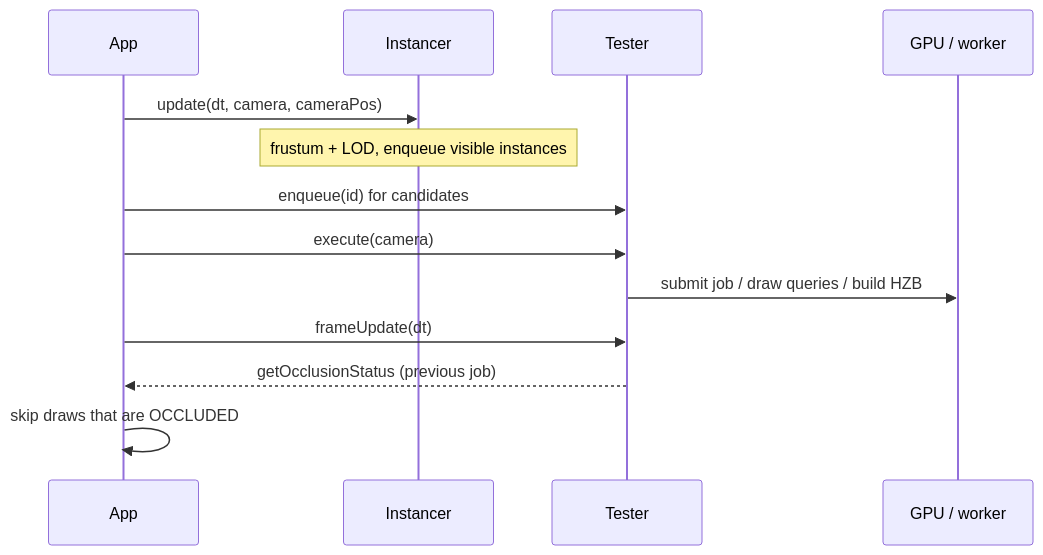
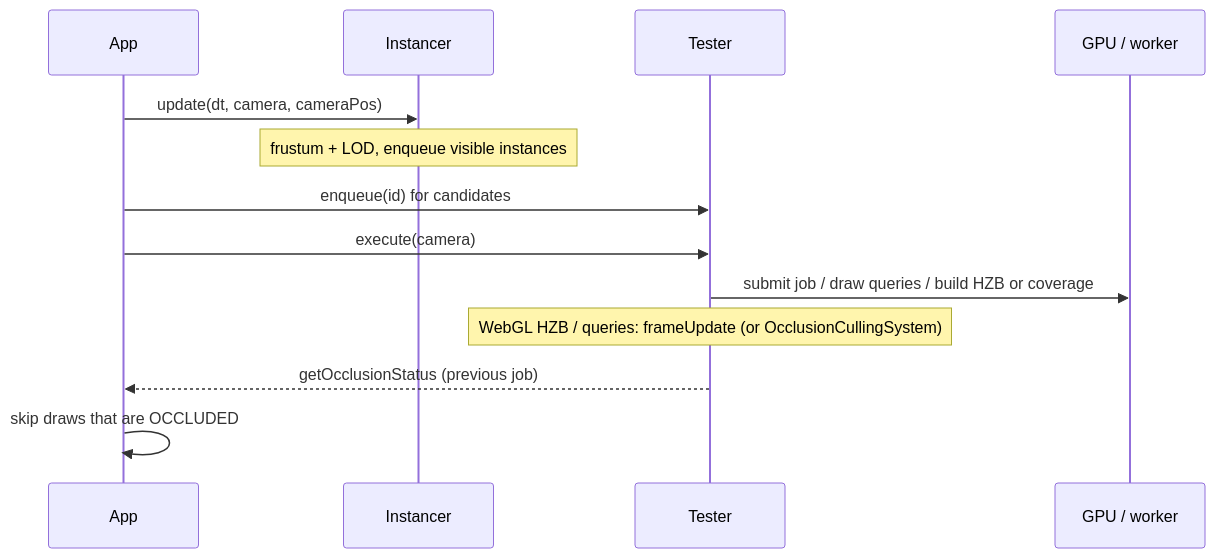
Before and after one commit to AlexAPPi/playcanvas-opti-pixel: the second of 2 diagrams in docs/architecture.md, drawn with Mermaid. The commit also changed other lines of this file and 14 other files, not shown here.

````diff
--- a/docs/architecture.md
+++ b/docs/architecture.md
@@ -47,16 +48,16 @@
 ```mermaid
 sequenceDiagram
     participant App
     participant Instancer
     participant Tester
     participant GPU as GPU / worker
 
     App->>Instancer: update(dt, camera, cameraPos)
     Note over Instancer: frustum + LOD, enqueue visible instances
     App->>Tester: enqueue(id) for candidates
     App->>Tester: execute(camera)
-    Tester->>GPU: submit job / draw queries / build HZB
-    App->>Tester: frameUpdate(dt)
+    Tester->>GPU: submit job / draw queries / build HZB or coverage
+    Note over Tester: WebGL HZB / queries: frameUpdate (or OcclusionCullingSystem)
     Tester-->>App: getOcclusionStatus (previous job)
     App->>App: skip draws that are OCCLUDED
 ```
````
